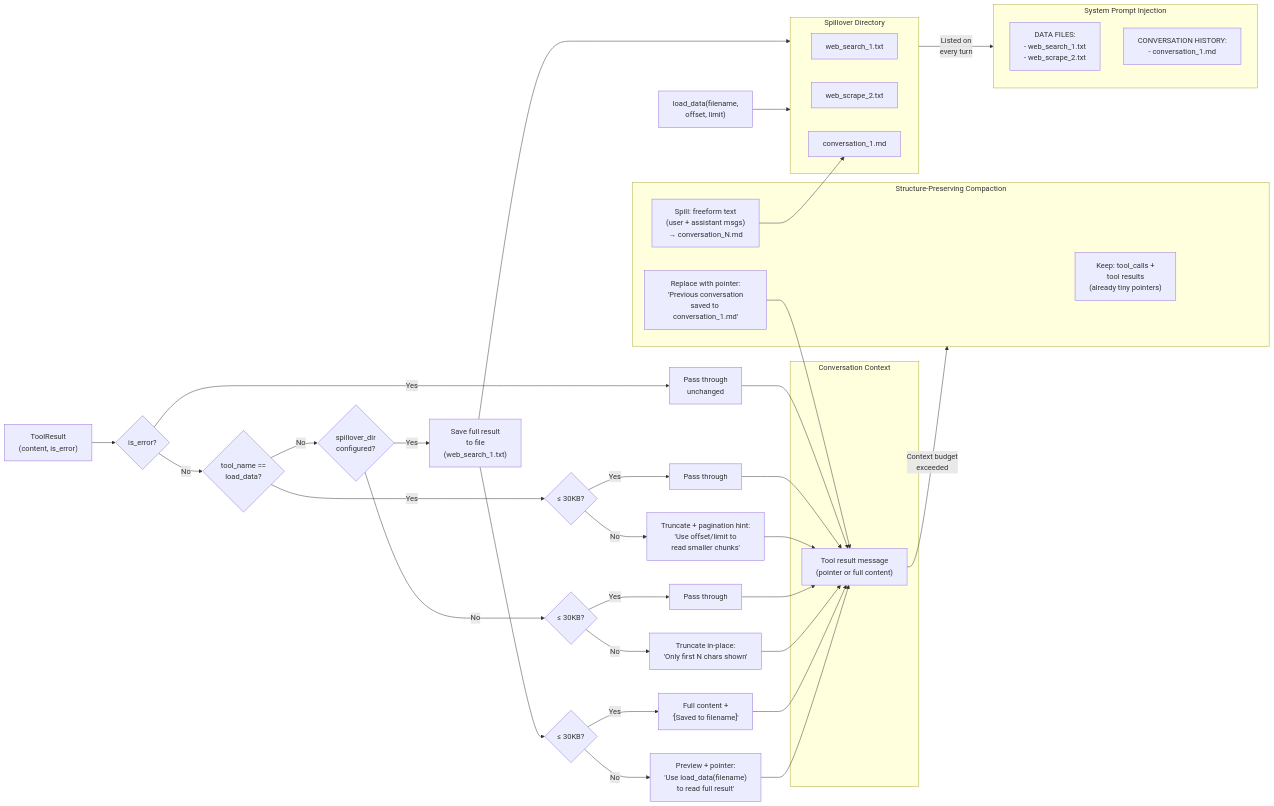
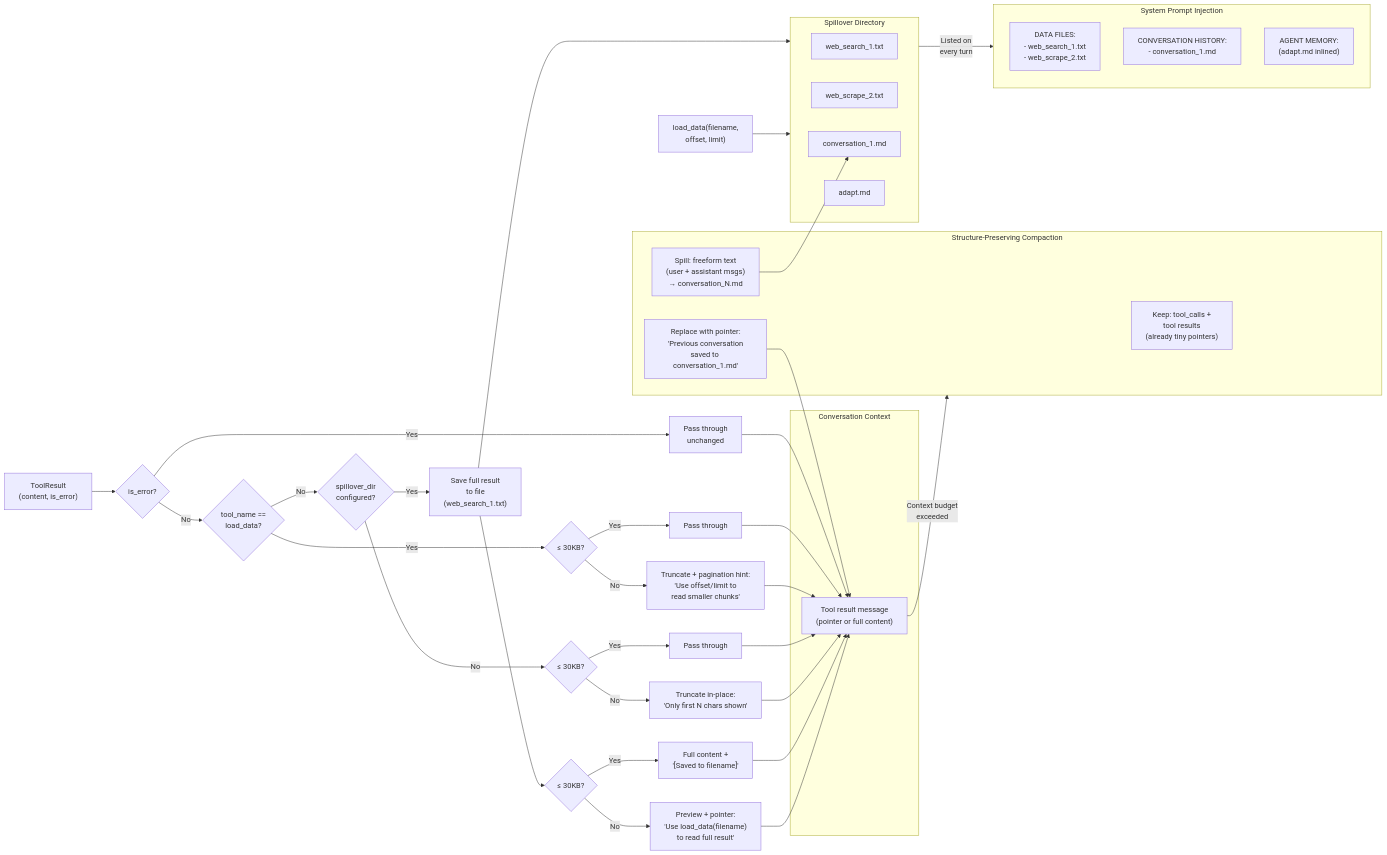
Before and after one commit to aden-hive/hive: the second of 3 diagrams in docs/architecture/README.md, drawn with Mermaid. The commit also changed other lines of this file and 1034 other files, not shown here.

```diff
--- a/docs/architecture/README.md
+++ b/docs/architecture/README.md
@@ -229,6 +231,7 @@
         File1["web_search_1.txt"]
         File2["web_scrape_2.txt"]
         Conv1["conversation_1.md"]
+        Adapt["adapt.md"]
     end
 
     SaveFile --> SpilloverDir
@@ -253,6 +256,7 @@
     subgraph SysPrompt [System Prompt Injection]
         FileList["DATA FILES:<br/>  - web_search_1.txt<br/>  - web_scrape_2.txt"]
         ConvList["CONVERSATION HISTORY:<br/>  - conversation_1.md"]
+        AdaptInline["AGENT MEMORY:<br/>(adapt.md inlined)"]
     end
 
     SpilloverDir -->|"Listed on<br/>every turn"| SysPrompt
```
